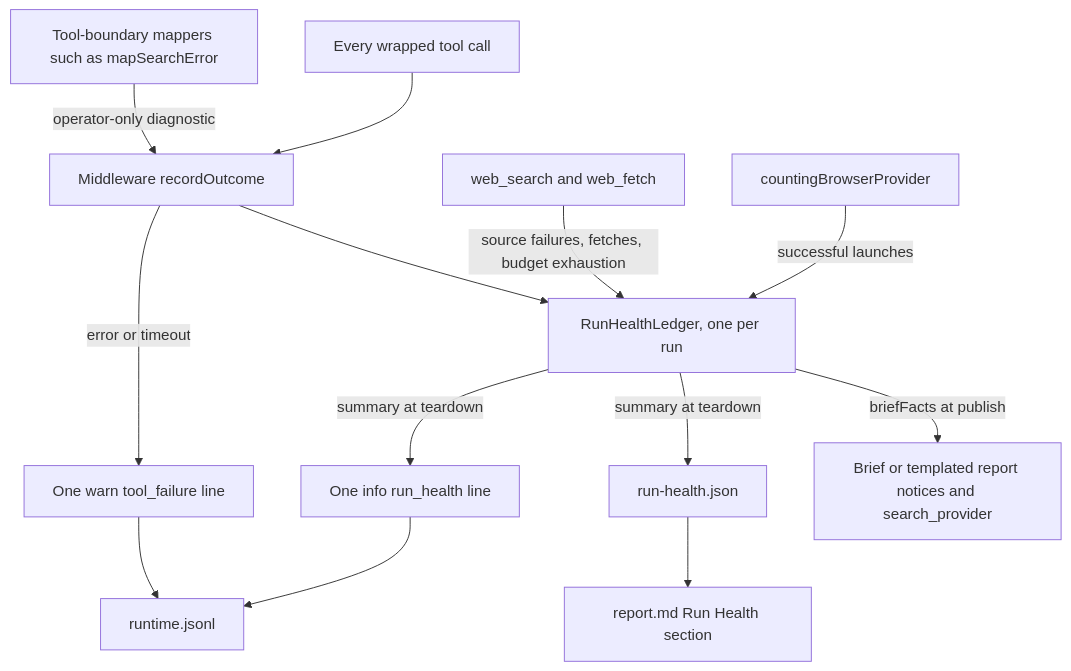
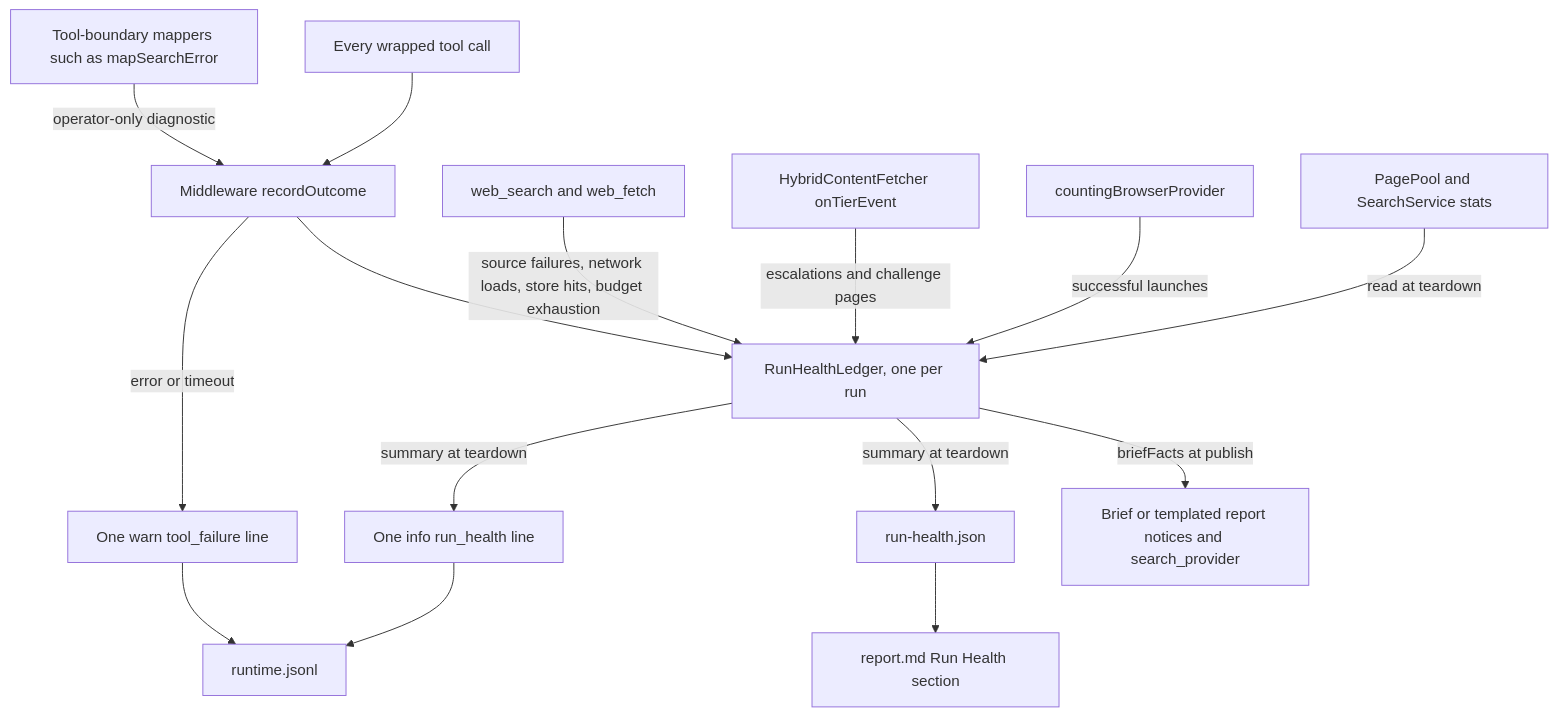
Before and after one commit to abranjith/yantra: diagram 12 of 23 in docs/architecture.md, drawn with Mermaid. The commit also changed other lines of this file and 99 other files, not shown here.

````diff
--- a/docs/architecture.md
+++ b/docs/architecture.md
@@ -1165,15 +1168,17 @@
 ```mermaid
 flowchart TD
   Calls[Every wrapped tool call] --> Chokepoint[Middleware recordOutcome]
   Mapper[Tool-boundary mappers such as mapSearchError] -->|operator-only diagnostic| Chokepoint
   Chokepoint --> Ledger[RunHealthLedger, one per run]
   Chokepoint -->|error or timeout| Warn[One warn tool_failure line]
-  ReadTools[web_search and web_fetch] -->|source failures, fetches, budget exhaustion| Ledger
+  ReadTools[web_search and web_fetch] -->|source failures, network loads, store hits, budget exhaustion| Ledger
+  Tiers[HybridContentFetcher onTierEvent] -->|escalations and challenge pages| Ledger
   Counter[countingBrowserProvider] -->|successful launches| Ledger
+  Acq[PagePool and SearchService stats] -->|read at teardown| Ledger
   Ledger -->|briefFacts at publish| Document[Brief or templated report notices and search_provider]
   Ledger -->|summary at teardown| HealthFile[run-health.json]
   Ledger -->|summary at teardown| HealthLine[One info run_health line]
   Warn --> RuntimeLog[runtime.jsonl]
   HealthLine --> RuntimeLog
   HealthFile --> Report[report.md Run Health section]
 ```
````
